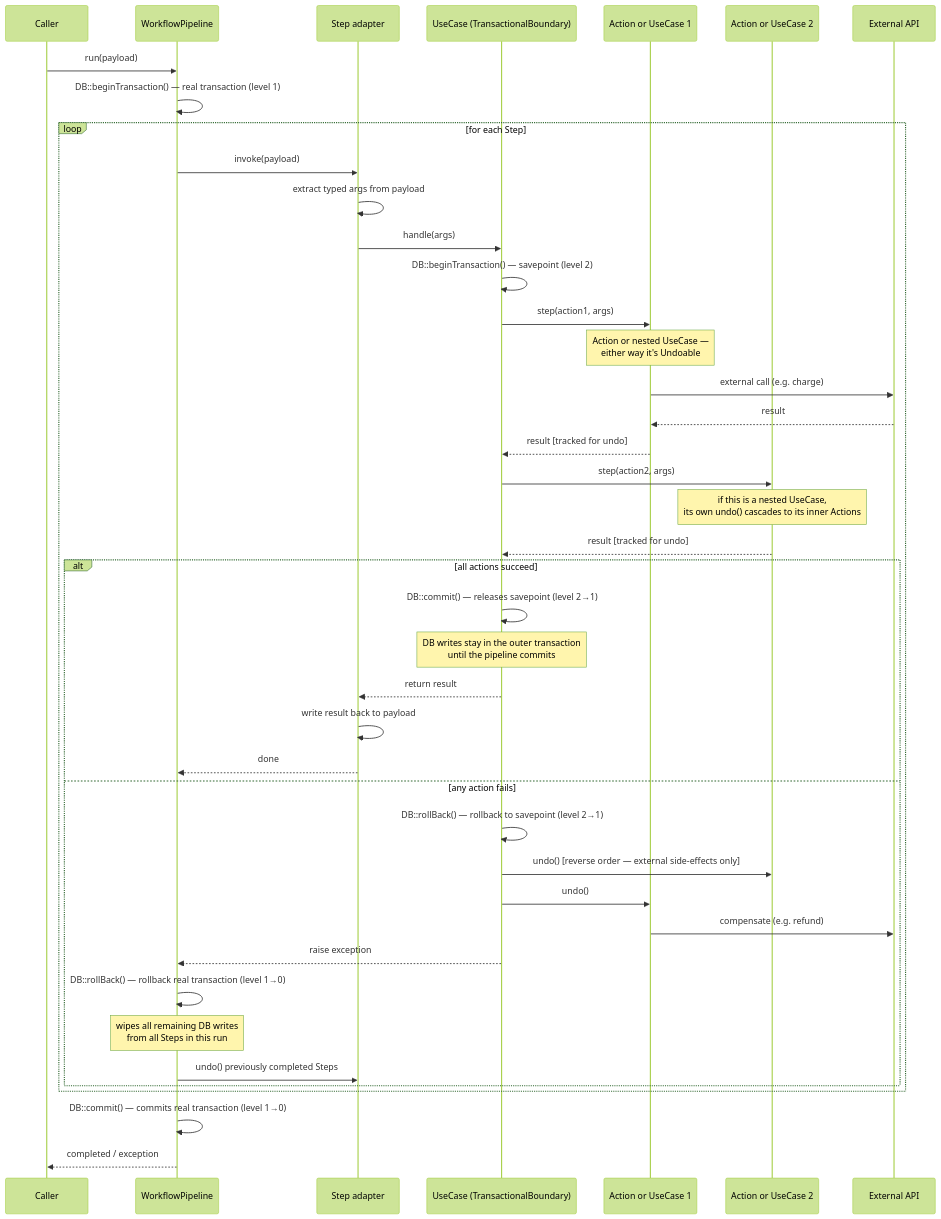
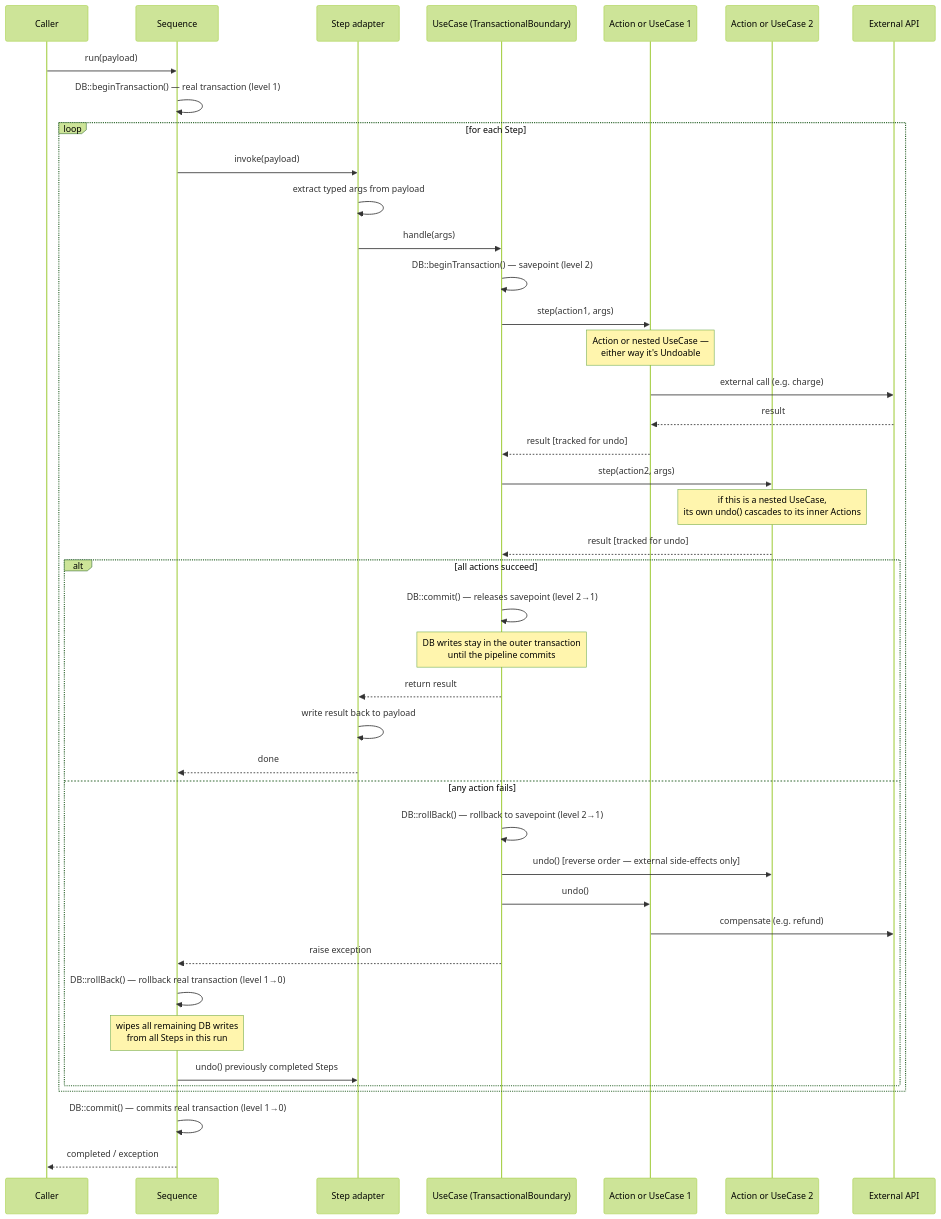
Before and after one commit to EmilienKopp/laravel-compensable: the second of 2 diagrams in README.md, drawn with Mermaid (forest theme). The commit also changed other lines of this file and 42 other files, not shown here.

First line of the commit message:
feat: Introduce Sequence and related components for improved workflow management

````diff
--- a/README.md
+++ b/README.md
@@ -372,51 +372,51 @@
 ```mermaid
 sequenceDiagram
     participant C as Caller
-    participant WP as WorkflowPipeline
+    participant WP as Sequence
     participant S as Step adapter
     participant UC as UseCase (TransactionalBoundary)
     participant A1 as Action or UseCase 1
     participant A2 as Action or UseCase 2
     participant Ext as External API
 
     C->>WP: run(payload)
     WP->>WP: DB::beginTransaction() — real transaction (level 1)
 
     loop for each Step
         WP->>S: invoke(payload)
         S->>S: extract typed args from payload
         S->>UC: handle(args)
 
         UC->>UC: DB::beginTransaction() — savepoint (level 2)
 
         UC->>A1: step(action1, args)
         note over A1: Action or nested UseCase —<br/>either way it's Undoable
         A1->>Ext: external call (e.g. charge)
         Ext-->>A1: result
         A1-->>UC: result  [tracked for undo]
 
         UC->>A2: step(action2, args)
         note over A2: if this is a nested UseCase,<br/>its own undo() cascades to its inner Actions
         A2-->>UC: result  [tracked for undo]
 
         alt all actions succeed
             UC->>UC: DB::commit() — releases savepoint (level 2→1)
             note over UC: DB writes stay in the outer transaction<br/>until the pipeline commits
             UC-->>S: return result
             S->>S: write result back to payload
             S-->>WP: done
         else any action fails
             UC->>UC: DB::rollBack() — rollback to savepoint (level 2→1)
             UC->>A2: undo()  [reverse order — external side-effects only]
             UC->>A1: undo()
             A1->>Ext: compensate (e.g. refund)
             UC-->>WP: raise exception
             WP->>WP: DB::rollBack() — rollback real transaction (level 1→0)
             note over WP: wipes all remaining DB writes<br/>from all Steps in this run
             WP->>S: undo() previously completed Steps
         end
     end
 
     WP->>WP: DB::commit() — commits real transaction (level 1→0)
     WP-->>C: completed / exception
 ```
````
